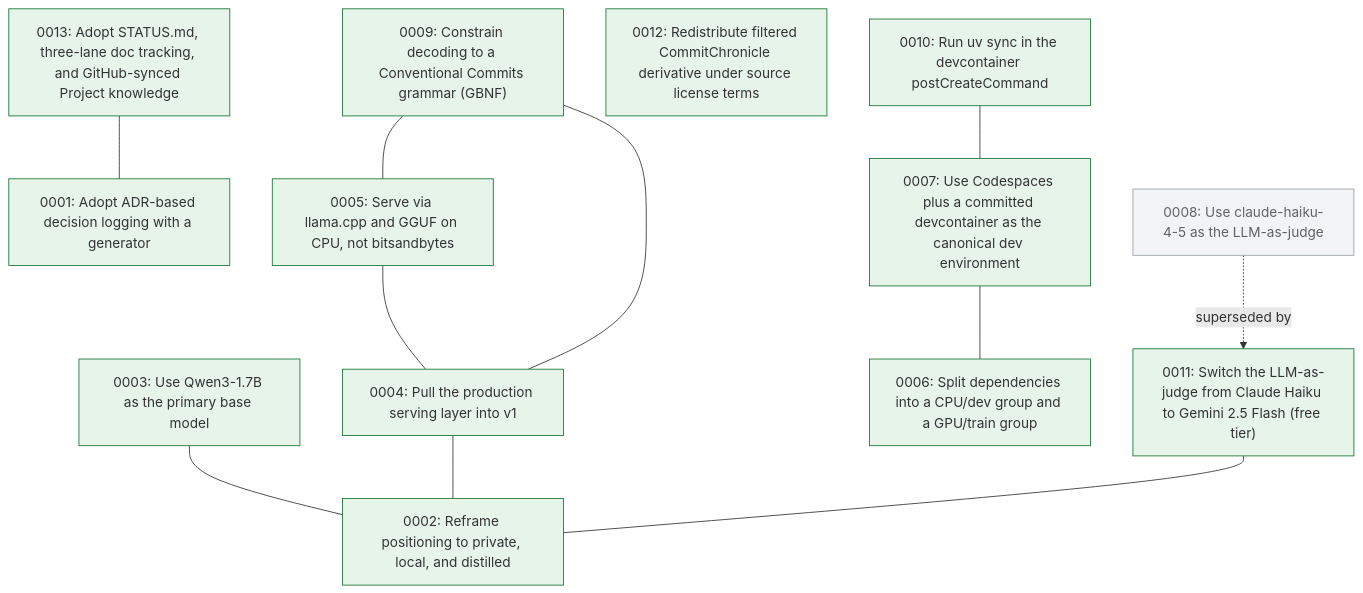
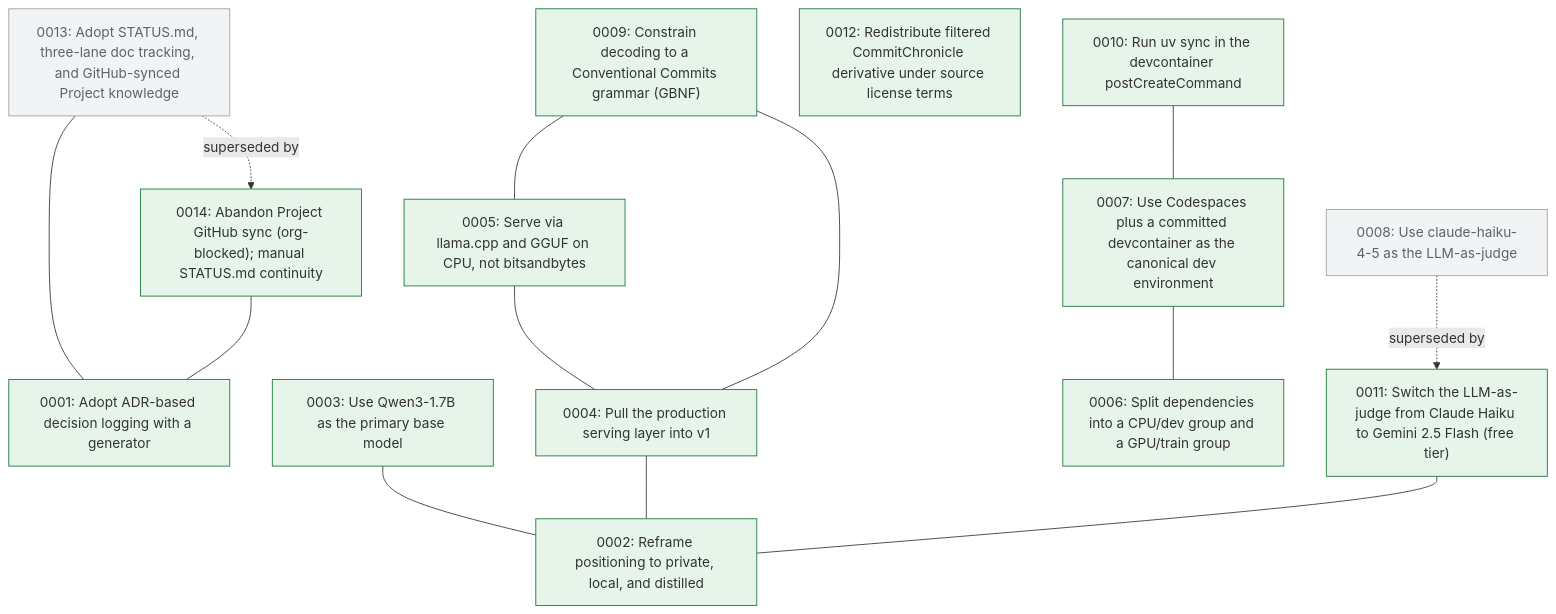
The diagram in docs/decision-tree.md (marzoukbaig14/Committed), drawn with Mermaid before and after one commit. The commit also changed 4 other files, not shown here.

Commit message:
docs: supersede ADR 0013 with 0014 (Project sync org-blocked; manual continuity)

````diff
--- a/docs/decision-tree.md
+++ b/docs/decision-tree.md
@@ -5,30 +5,33 @@
 ```mermaid
 graph TD
   n0001["0001: Adopt ADR-based decision logging with a generator"]:::accepted
   n0002["0002: Reframe positioning to private, local, and distilled"]:::accepted
   n0003["0003: Use Qwen3-1.7B as the primary base model"]:::accepted
   n0004["0004: Pull the production serving layer into v1"]:::accepted
   n0005["0005: Serve via llama.cpp and GGUF on CPU, not bitsandbytes"]:::accepted
   n0006["0006: Split dependencies into a CPU/dev group and a GPU/train group"]:::accepted
   n0007["0007: Use Codespaces plus a committed devcontainer as the canonical dev environment"]:::accepted
   n0008["0008: Use claude-haiku-4-5 as the LLM-as-judge"]:::superseded
   n0009["0009: Constrain decoding to a Conventional Commits grammar (GBNF)"]:::accepted
   n0010["0010: Run uv sync in the devcontainer postCreateCommand"]:::accepted
   n0011["0011: Switch the LLM-as-judge from Claude Haiku to Gemini 2.5 Flash (free tier)"]:::accepted
   n0012["0012: Redistribute filtered CommitChronicle derivative under source license terms"]:::accepted
-  n0013["0013: Adopt STATUS.md, three-lane doc tracking, and GitHub-synced Project knowledge"]:::accepted
+  n0013["0013: Adopt STATUS.md, three-lane doc tracking, and GitHub-synced Project knowledge"]:::superseded
+  n0014["0014: Abandon Project GitHub sync (org-blocked); manual STATUS.md continuity"]:::accepted
   n0003 --- n0002
   n0004 --- n0002
   n0005 --- n0004
   n0007 --- n0006
   n0009 --- n0004
   n0009 --- n0005
   n0010 --- n0007
   n0008 -. superseded by .-> n0011
   n0011 --- n0002
   n0013 --- n0001
+  n0013 -. superseded by .-> n0014
+  n0014 --- n0001
   classDef proposed fill:#fff7e6,stroke:#d4a017;
   classDef accepted fill:#e6f4ea,stroke:#137333;
   classDef superseded fill:#f1f3f4,stroke:#9aa0a6,color:#5f6368;
   classDef deprecated fill:#fce8e6,stroke:#c5221f,color:#5f6368;
 ```
````
